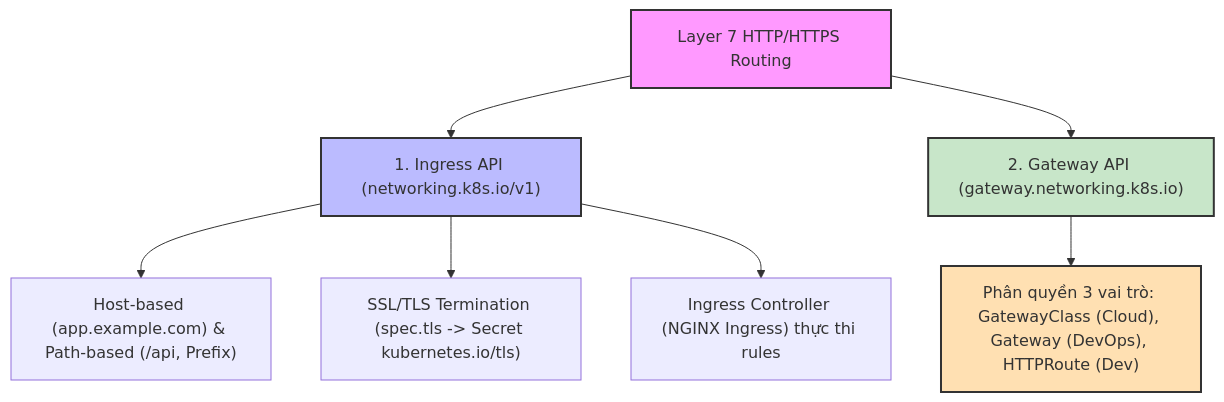
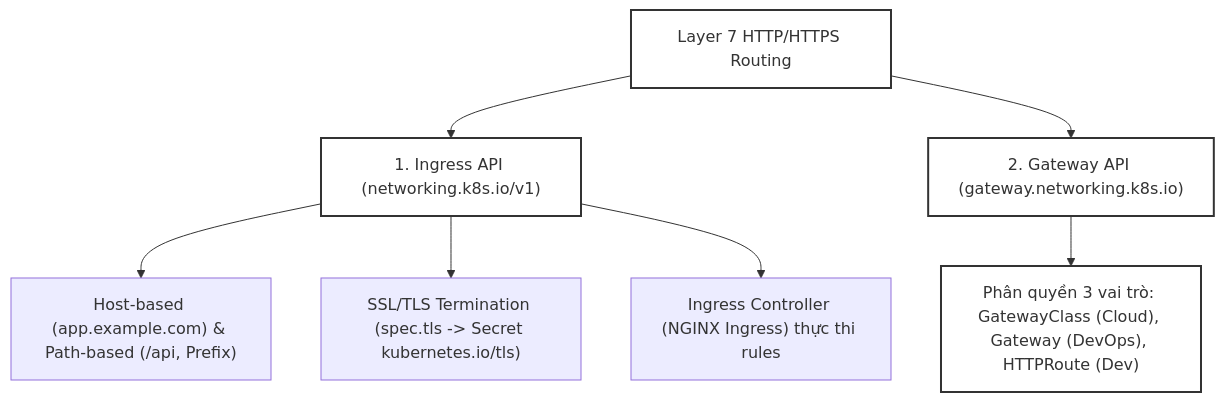
Before and after one commit to kiennt308/ntk: the second of 3 diagrams in _posts/2026-09-12-cka-24-24-ingress-va-gateway-api.md, drawn with Mermaid. The commit also changed other lines of this file and 207 other files, not shown here.

Commit message:
feat(posts): batch standardize all 208 posts with TL;DR, qa-card accordion, fill:none mermaid, and liquid raw wrappers

````diff
--- a/_posts/2026-09-12-cka-24-24-ingress-va-gateway-api.md
+++ b/_posts/2026-09-12-cka-24-24-ingress-va-gateway-api.md
@@ -397,16 +401,16 @@
 ```mermaid
 graph TD
     A["Layer 7 HTTP/HTTPS Routing"] --> B["1. Ingress API (networking.k8s.io/v1)"]
     A --> C["2. Gateway API (gateway.networking.k8s.io)"]
 
     B --> D["Host-based (app.example.com) & Path-based (/api, Prefix)"]
     B --> E["SSL/TLS Termination (spec.tls -> Secret kubernetes.io/tls)"]
     B --> F["Ingress Controller (NGINX Ingress) thực thi rules"]
 
     C --> G["Phân quyền 3 vai trò: GatewayClass (Cloud), Gateway (DevOps), HTTPRoute (Dev)"]
 
-    style A fill:#f9f,stroke:#333,stroke-width:2px
-    style B fill:#bbf,stroke:#333,stroke-width:2px
-    style C fill:#c8e6c9,stroke:#333,stroke-width:2px
-    style G fill:#ffe0b2,stroke:#333,stroke-width:2px
+    style A fill:none,stroke:#333,stroke-width:2px
+    style B fill:none,stroke:#333,stroke-width:2px
+    style C fill:none,stroke:#333,stroke-width:2px
+    style G fill:none,stroke:#333,stroke-width:2px
 ```
````
